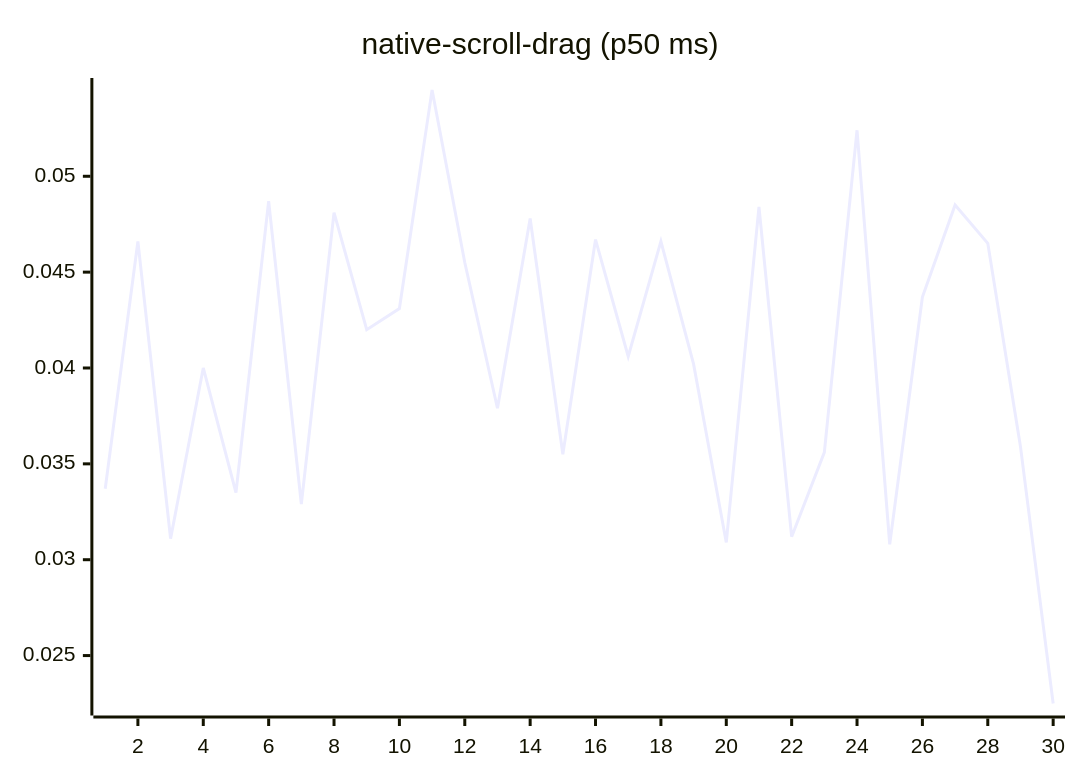
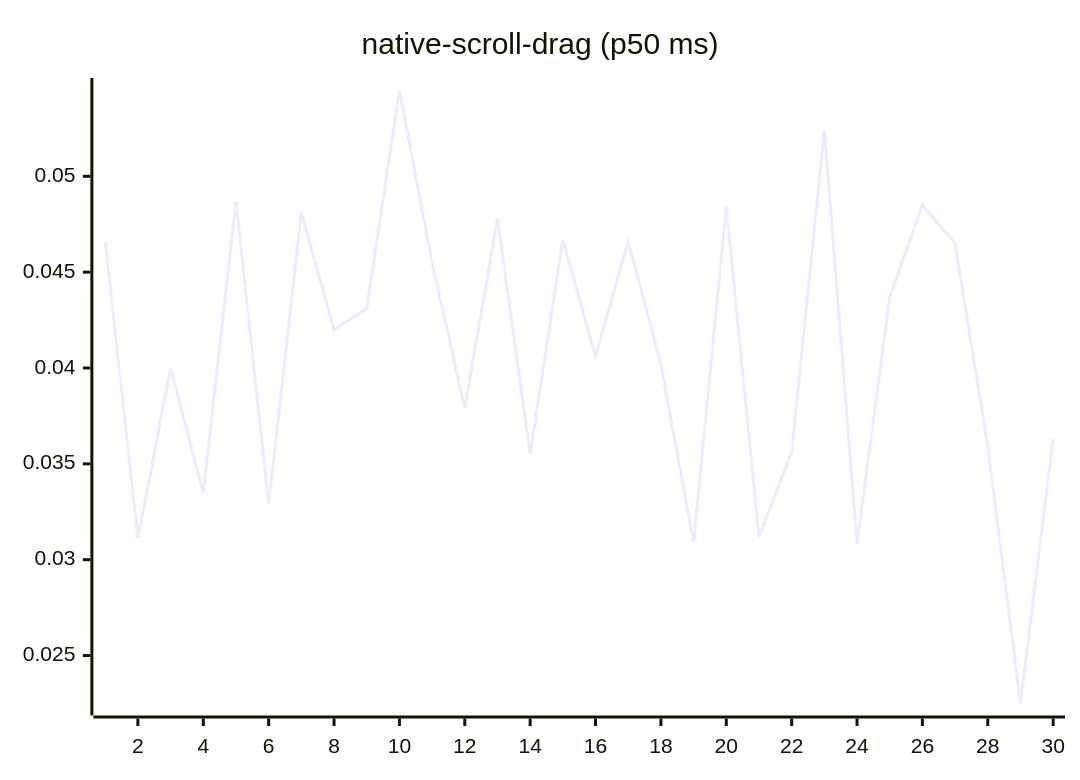
Diagram 14 of 27 in README.md (josha/Facet), drawn with Mermaid before and after one commit. The commit also changed other lines of this file and 2 other files, not shown here.

````diff
--- a/README.md
+++ b/README.md
@@ -154,6 +154,6 @@
 ```mermaid
 xychart-beta
     title "native-scroll-drag (p50 ms)"
     x-axis 1 --> 30
-    line [0.0337, 0.0466, 0.0311, 0.0400, 0.0335, 0.0487, 0.0329, 0.0481, 0.0420, 0.0431, 0.0545, 0.0455, 0.0379, 0.0478, 0.0355, 0.0467, 0.0406, 0.0466, 0.0402, 0.0309, 0.0484, 0.0312, 0.0356, 0.0524, 0.0308, 0.0437, 0.0485, 0.0465, 0.0359, 0.0225]
+    line [0.0466, 0.0311, 0.0400, 0.0335, 0.0487, 0.0329, 0.0481, 0.0420, 0.0431, 0.0545, 0.0455, 0.0379, 0.0478, 0.0355, 0.0467, 0.0406, 0.0466, 0.0402, 0.0309, 0.0484, 0.0312, 0.0356, 0.0524, 0.0308, 0.0437, 0.0485, 0.0465, 0.0359, 0.0225, 0.0363]
 ```
````
